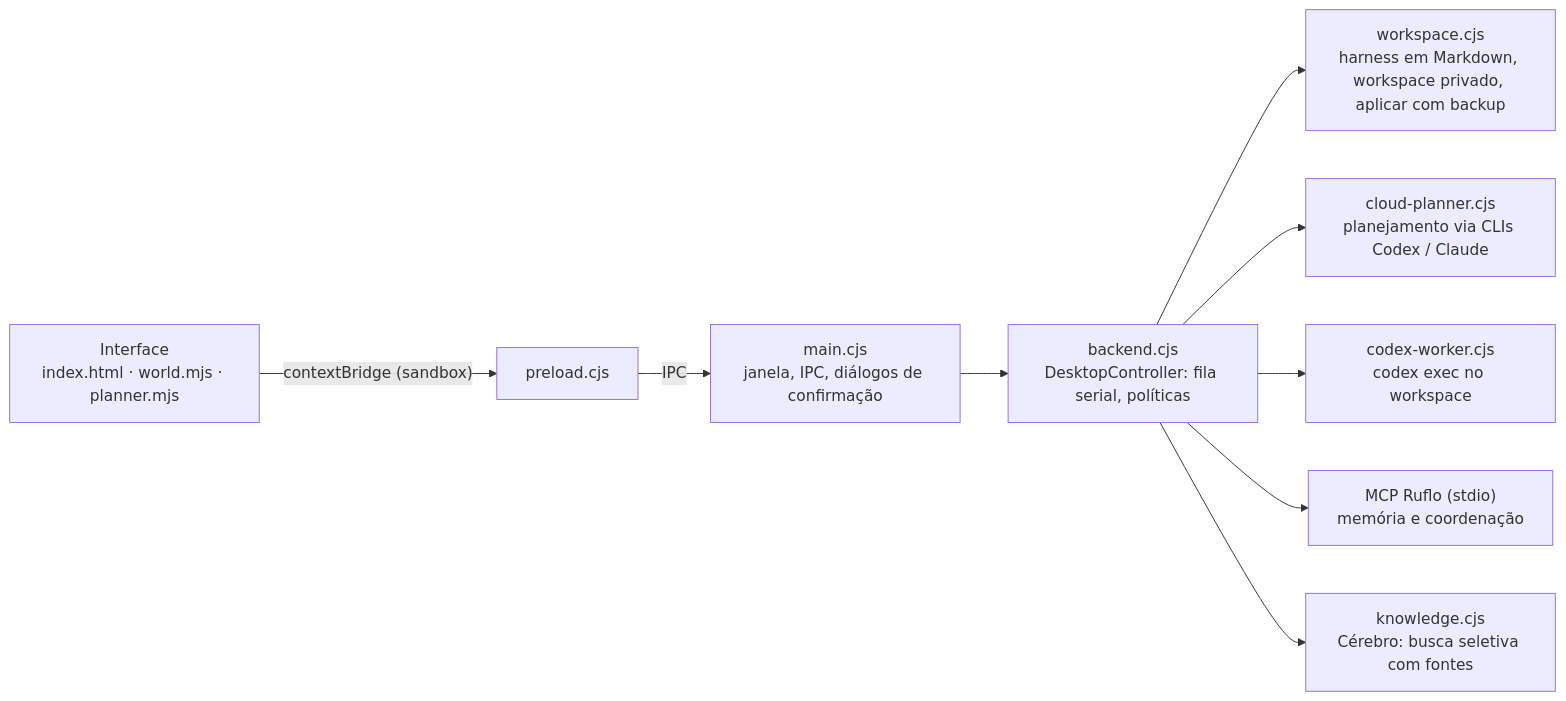
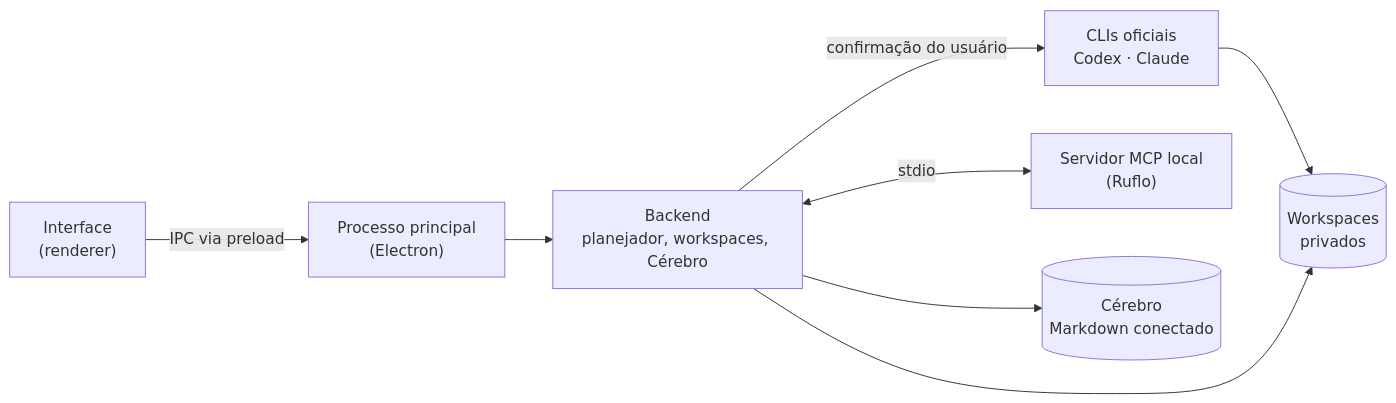
The diagram in README.md (lgsMangolt/SanduBAH), drawn with Mermaid before and after one commit. The commit also changed other lines of this file and 4 other files, not shown here.

First line of the commit message:
feat: adiciona testes da demo, CI e roadmap

````diff
--- a/README.md
+++ b/README.md
@@ -53,11 +57,10 @@
 ```mermaid
 flowchart LR
-  UI["Interface<br/>index.html · world.mjs · planner.mjs"] -->|"contextBridge (sandbox)"| P["preload.cjs"]
-  P -->|IPC| M["main.cjs<br/>janela, IPC, diálogos de confirmação"]
-  M --> B["backend.cjs<br/>DesktopController: fila serial, políticas"]
-  B --> W["workspace.cjs<br/>harness em Markdown, workspace privado, aplicar com backup"]
-  B --> CP["cloud-planner.cjs<br/>planejamento via CLIs Codex / Claude"]
-  B --> CW["codex-worker.cjs<br/>codex exec no workspace"]
-  B --> MCP["MCP Ruflo (stdio)<br/>memória e coordenação"]
-  B --> K["knowledge.cjs<br/>Cérebro: busca seletiva com fontes"]
+    UI["Interface<br/>(renderer)"] -->|IPC via preload| Main["Processo principal<br/>(Electron)"]
+    Main --> Backend["Backend<br/>planejador, workspaces, Cérebro"]
+    Backend -->|confirmação do usuário| CLIs["CLIs oficiais<br/>Codex · Claude"]
+    Backend <-->|stdio| MCP["Servidor MCP local<br/>(Ruflo)"]
+    CLIs --> WS
+    Backend --> Brain[("Cérebro<br/>Markdown conectado")]
+    Backend --> WS[("Workspaces<br/>privados")]
 ```
````
